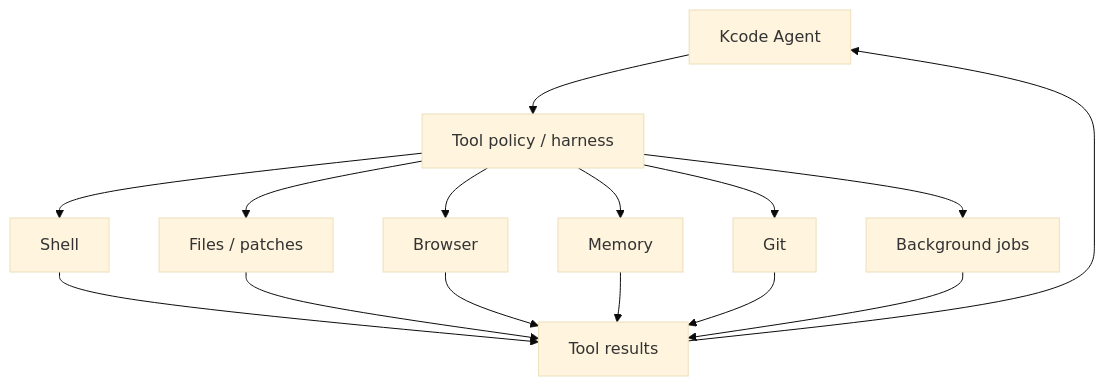
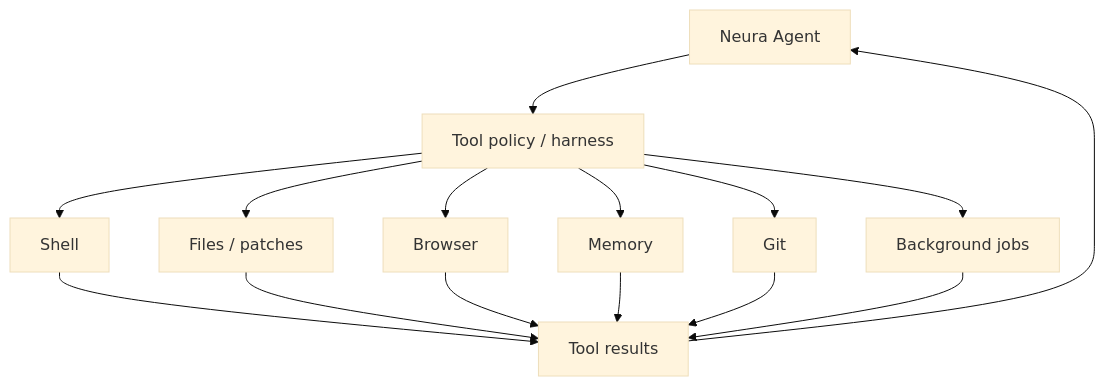
Before and after one commit to icedmoca/neura: diagram 11 of 26 in docs/ABOUT.md, drawn with Mermaid (base theme). The commit also changed other lines of this file and 562 other files, not shown here.

Commit message:
Rename Kcode to Neura

````diff
--- a/docs/ABOUT.md
+++ b/docs/ABOUT.md
@@ -392,17 +392,17 @@
 ```mermaid
 flowchart TD
-    Agent[Kcode Agent] --> Policy[Tool policy / harness]
+    Agent[Neura Agent] --> Policy[Tool policy / harness]
     Policy --> Shell[Shell]
     Policy --> Files[Files / patches]
     Policy --> Browser[Browser]
     Policy --> Memory[Memory]
     Policy --> Git[Git]
     Policy --> Background[Background jobs]
     Shell --> Results[Tool results]
     Files --> Results
     Browser --> Results
     Memory --> Results
     Git --> Results
     Background --> Results
     Results --> Agent
 ```
````
